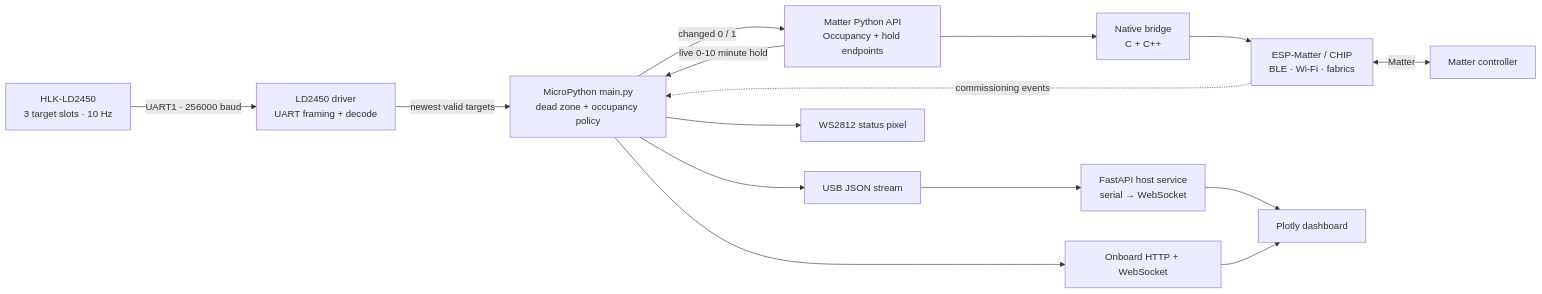
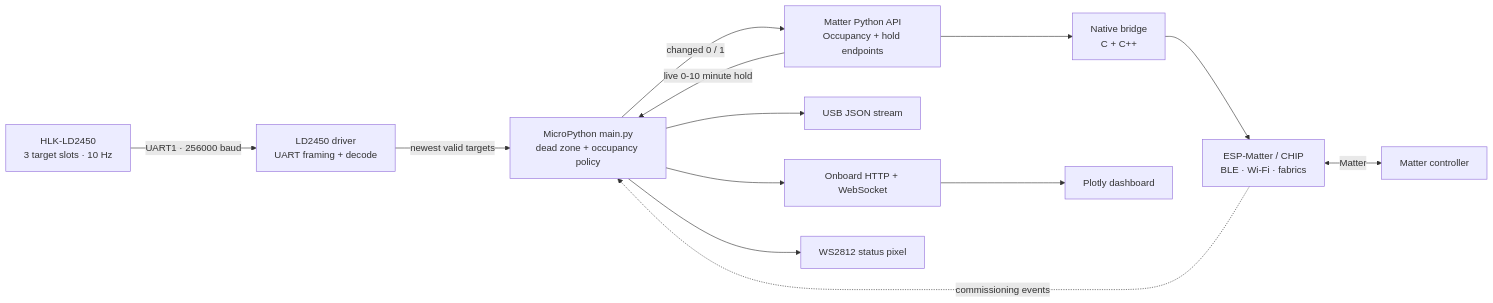
Before and after one commit to khlam/micropython-boardfarm: the first of 3 diagrams in projects/matter-ld2450/README.md, drawn with Mermaid. The commit also changed other lines of this file and 5 other files, not shown here.

````diff
--- a/projects/matter-ld2450/README.md
+++ b/projects/matter-ld2450/README.md
@@ -60,28 +60,27 @@
 ```mermaid
 flowchart LR
     radar["HLK-LD2450<br/>3 target slots · 10 Hz"]
     driver["LD2450 driver<br/>UART framing + decode"]
     policy["MicroPython main.py<br/>dead zone + occupancy policy"]
     matter["Matter Python API<br/>Occupancy + hold endpoints"]
     native["Native bridge<br/>C + C++"]
     stack["ESP-Matter / CHIP<br/>BLE · Wi-Fi · fabrics"]
     controller["Matter controller"]
 
     serial["USB JSON stream"]
-    backend["FastAPI host service<br/>serial → WebSocket"]
     onboard["Onboard HTTP + WebSocket"]
     browser["Plotly dashboard"]
     pixel["WS2812 status pixel"]
 
     radar -->|"UART1 · 256000 baud"| driver
     driver -->|"newest valid targets"| policy
     policy -->|"changed 0 / 1"| matter
     matter -->|"live 0-10 minute hold"| policy
     matter --> native --> stack
     stack <-->|Matter| controller
 
-    policy --> serial --> backend --> browser
+    policy --> serial
     policy --> onboard --> browser
     stack -.->|"commissioning events"| policy
     policy --> pixel
 ```
````
